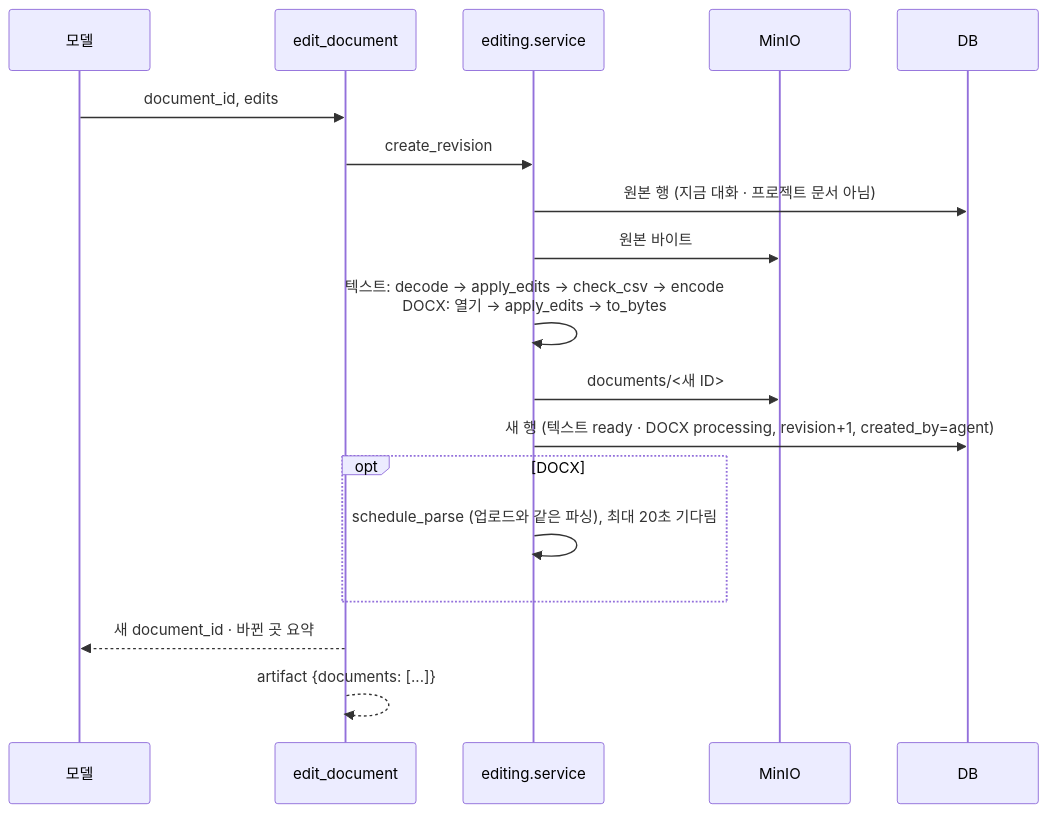
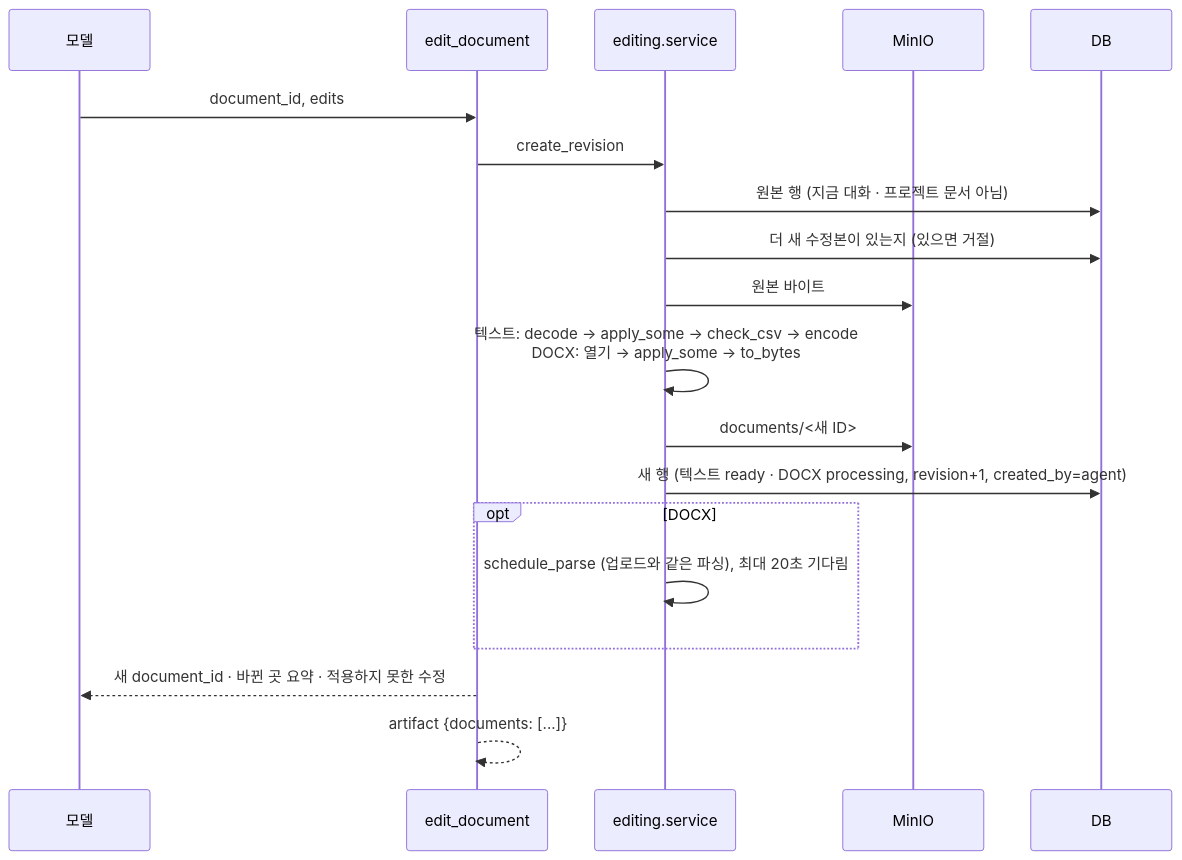
One commit to okdoittttt/apogee-deck changed the third of 3 diagrams in docs/features/document-editing.md. Above: the diagram before and after it, drawn with Mermaid. The commit also changed other lines of this file and 3 other files, not shown here.

````diff
--- a/docs/features/document-editing.md
+++ b/docs/features/document-editing.md
@@ -75,21 +78,22 @@
 ```mermaid
 sequenceDiagram
     participant M as 모델
     participant T as edit_document
     participant S as editing.service
     participant O as MinIO
     participant D as DB
 
     M->>T: document_id, edits
     T->>S: create_revision
     S->>D: 원본 행 (지금 대화 · 프로젝트 문서 아님)
+    S->>D: 더 새 수정본이 있는지 (있으면 거절)
     S->>O: 원본 바이트
-    S->>S: 텍스트: decode → apply_edits → check_csv → encode<br/>DOCX: 열기 → apply_edits → to_bytes
+    S->>S: 텍스트: decode → apply_some → check_csv → encode<br/>DOCX: 열기 → apply_some → to_bytes
     S->>O: documents/<새 ID>
     S->>D: 새 행 (텍스트 ready · DOCX processing, revision+1, created_by=agent)
     opt DOCX
         S->>S: schedule_parse (업로드와 같은 파싱), 최대 20초 기다림
     end
-    T-->>M: 새 document_id · 바뀐 곳 요약
+    T-->>M: 새 document_id · 바뀐 곳 요약 · 적용하지 못한 수정
     T-->>T: artifact {documents: [...]}
 ```
````
